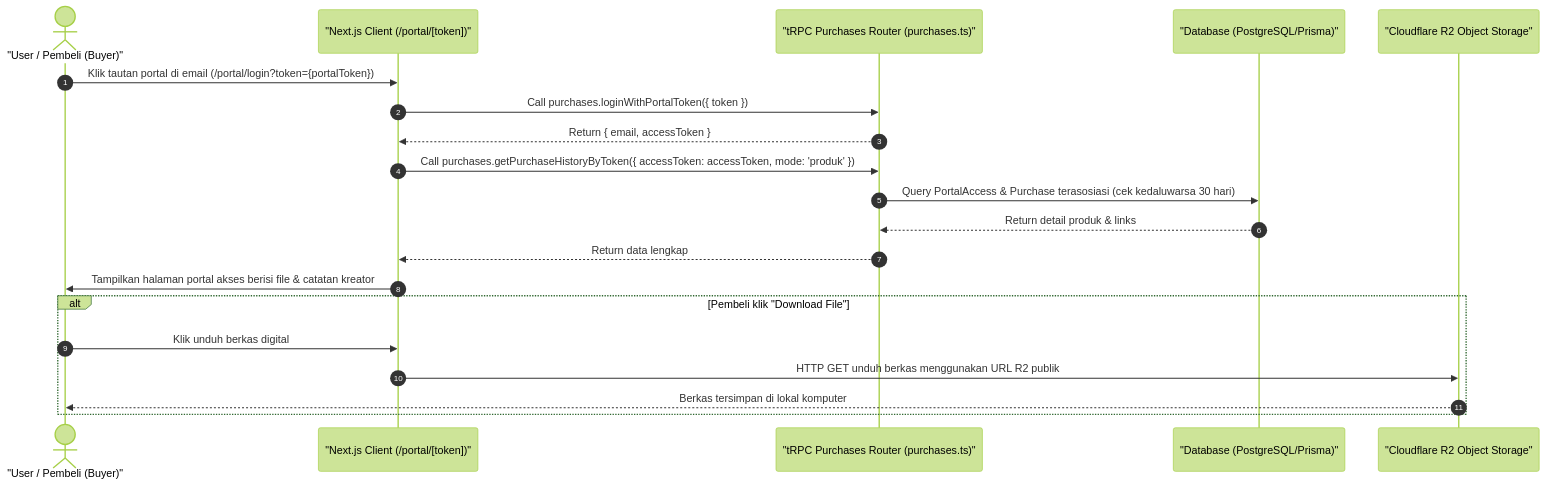
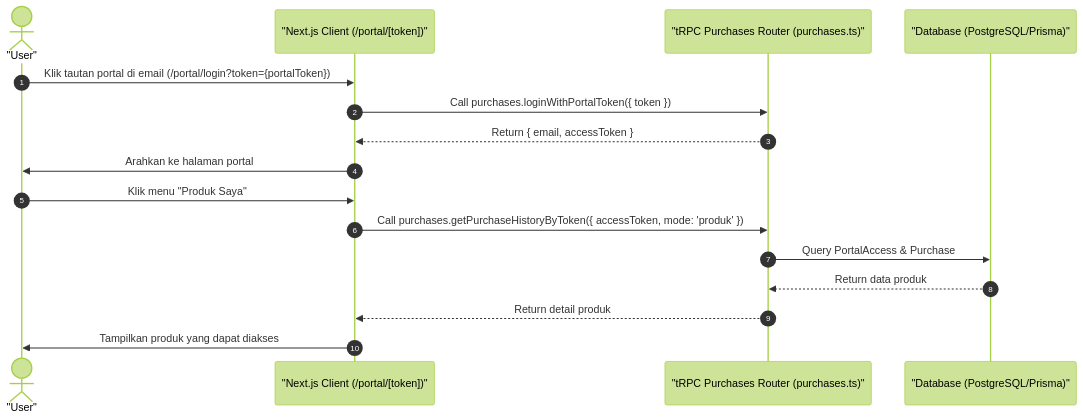
Before and after one commit to luputer/CuanIN: the diagram in docs/49-buyer-portal-access.md, drawn with Mermaid (forest theme). The commit also changed other lines of this file and 53 other files, not shown here.

````diff
--- a/docs/49-buyer-portal-access.md
+++ b/docs/49-buyer-portal-access.md
@@ -5,25 +5,19 @@
 ```mermaid
 sequenceDiagram
     autonumber
-    actor Buyer as "User / Pembeli (Buyer)"
+    actor User as "User"
     participant Client as "Next.js Client (/portal/[token])"
     participant Server as "tRPC Purchases Router (purchases.ts)"
     participant DB as "Database (PostgreSQL/Prisma)"
-    participant R2 as "Cloudflare R2 Object Storage"
 
-    Buyer->>Client: Klik tautan portal di email (/portal/login?token={portalToken})
+    User->>Client: Klik tautan portal di email (/portal/login?token={portalToken})
     Client->>Server: Call purchases.loginWithPortalToken({ token })
     Server-->>Client: Return { email, accessToken }
-    Client->>Server: Call purchases.getPurchaseHistoryByToken({ accessToken: accessToken, mode: 'produk' })
-    Server->>DB: Query PortalAccess & Purchase terasosiasi (cek kedaluwarsa 30 hari)
-    DB-->>Server: Return detail produk & links
-    Server-->>Client: Return data lengkap
-    Client->>Buyer: Tampilkan halaman portal akses berisi file & catatan kreator
-    
-    alt Pembeli klik "Download File"
-        Buyer->>Client: Klik unduh berkas digital
-        Client->>R2: HTTP GET unduh berkas menggunakan URL R2 publik
-        R2-->>Buyer: Berkas tersimpan di lokal komputer
-    end
-
+    Client->>User: Arahkan ke halaman portal
+    User->>Client: Klik menu "Produk Saya"
+    Client->>Server: Call purchases.getPurchaseHistoryByToken({ accessToken, mode: 'produk' })
+    Server->>DB: Query PortalAccess & Purchase
+    DB-->>Server: Return data produk
+    Server-->>Client: Return detail produk
+    Client->>User: Tampilkan produk yang dapat diakses
 ```
````
